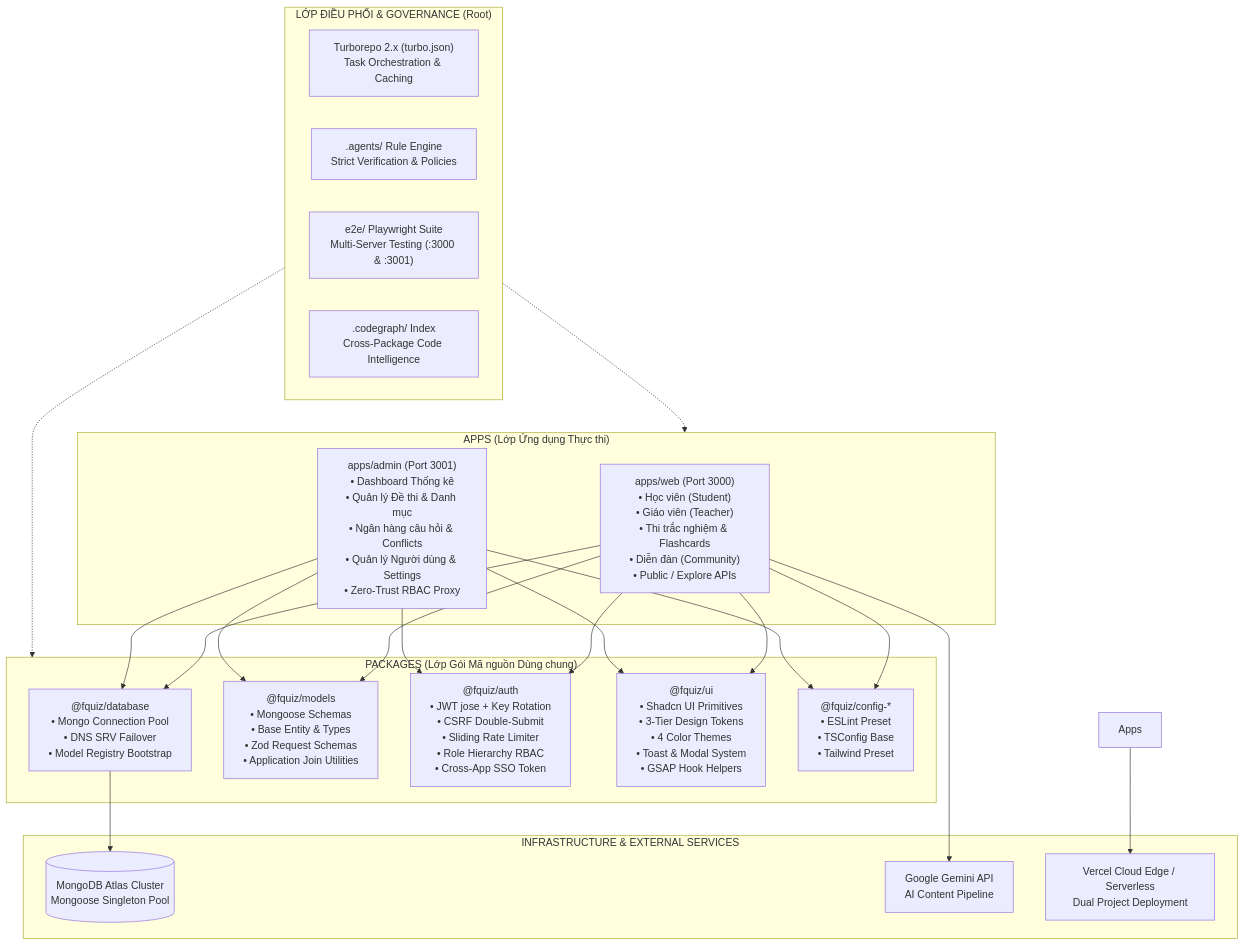
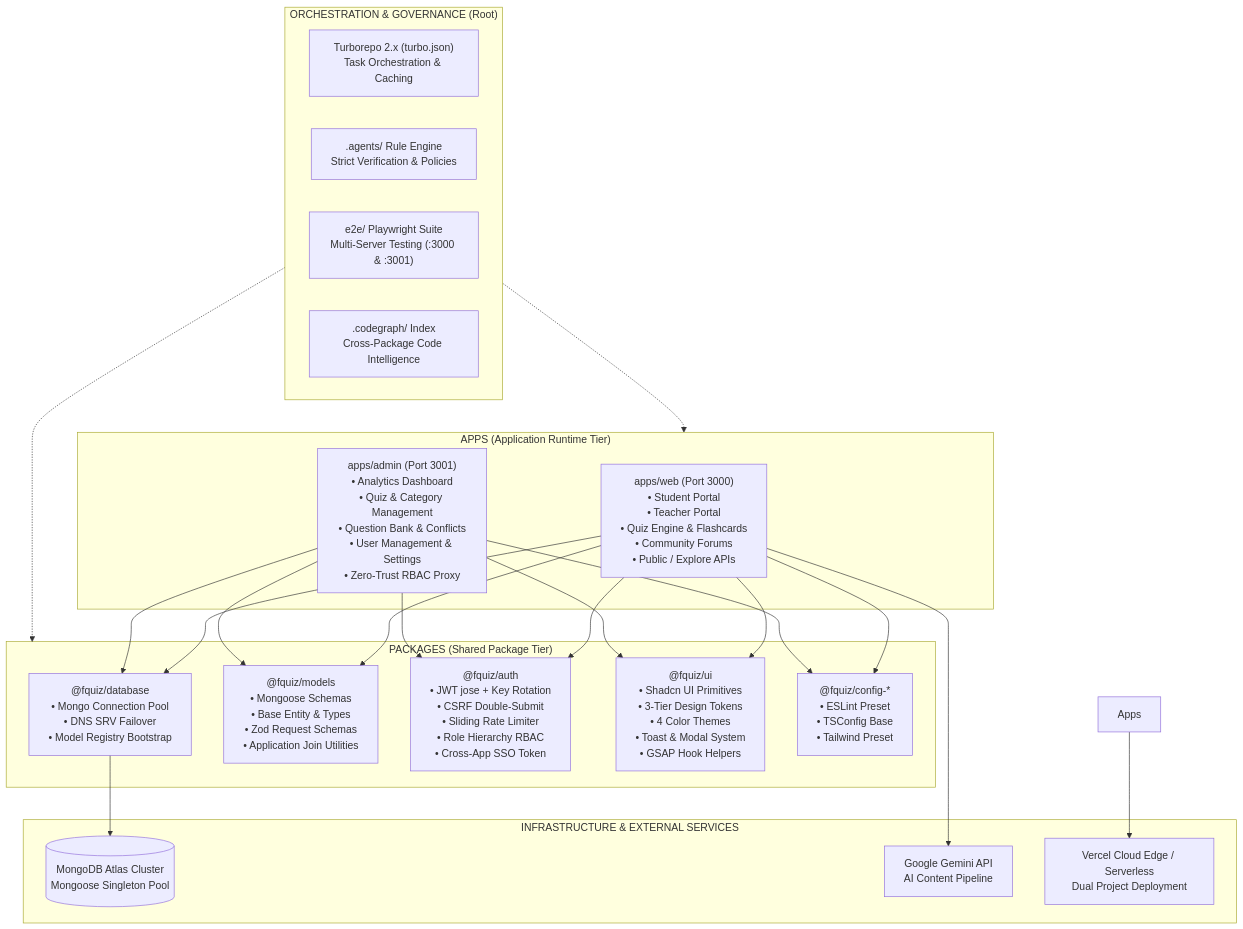
The first of 2 diagrams in docs/ARCHITECTURE.md (nvtruongops/fquiz), drawn with Mermaid before and after one commit. The commit also changed other lines of this file and 548 other files, not shown here.

````diff
--- a/docs/ARCHITECTURE.md
+++ b/docs/ARCHITECTURE.md
@@ -25,46 +25,46 @@
 ```mermaid
 graph TD
-    subgraph APPS ["APPS (Lớp Ứng dụng Thực thi)"]
-        Web["apps/web (Port 3000)<br>• Học viên (Student)<br>• Giáo viên (Teacher)<br>• Thi trắc nghiệm & Flashcards<br>• Diễn đàn (Community)<br>• Public / Explore APIs"]
-        Admin["apps/admin (Port 3001)<br>• Dashboard Thống kê<br>• Quản lý Đề thi & Danh mục<br>• Ngân hàng câu hỏi & Conflicts<br>• Quản lý Người dùng & Settings<br>• Zero-Trust RBAC Proxy"]
+    subgraph APPS ["APPS (Application Runtime Tier)"]
+        Web["apps/web (Port 3000)<br>• Student Portal<br>• Teacher Portal<br>• Quiz Engine & Flashcards<br>• Community Forums<br>• Public / Explore APIs"]
+        Admin["apps/admin (Port 3001)<br>• Analytics Dashboard<br>• Quiz & Category Management<br>• Question Bank & Conflicts<br>• User Management & Settings<br>• Zero-Trust RBAC Proxy"]
     end
 
-    subgraph PACKAGES ["PACKAGES (Lớp Gói Mã nguồn Dùng chung)"]
+    subgraph PACKAGES ["PACKAGES (Shared Package Tier)"]
         PkgDB["@fquiz/database<br>• Mongo Connection Pool<br>• DNS SRV Failover<br>• Model Registry Bootstrap"]
         PkgModels["@fquiz/models<br>• Mongoose Schemas<br>• Base Entity & Types<br>• Zod Request Schemas<br>• Application Join Utilities"]
         PkgAuth["@fquiz/auth<br>• JWT jose + Key Rotation<br>• CSRF Double-Submit<br>• Sliding Rate Limiter<br>• Role Hierarchy RBAC<br>• Cross-App SSO Token"]
         PkgUI["@fquiz/ui<br>• Shadcn UI Primitives<br>• 3-Tier Design Tokens<br>• 4 Color Themes<br>• Toast & Modal System<br>• GSAP Hook Helpers"]
         PkgConfig["@fquiz/config-*<br>• ESLint Preset<br>• TSConfig Base<br>• Tailwind Preset"]
     end
 
-    subgraph ROOT ["LỚP ĐIỀU PHỐI & GOVERNANCE (Root)"]
+    subgraph ROOT ["ORCHESTRATION & GOVERNANCE (Root)"]
         Turbo["Turborepo 2.x (turbo.json)<br>Task Orchestration & Caching"]
         AgentGov[".agents/ Rule Engine<br>Strict Verification & Policies"]
         PlaywrightE2E["e2e/ Playwright Suite<br>Multi-Server Testing (:3000 & :3001)"]
         CodeGraphDB[".codegraph/ Index<br>Cross-Package Code Intelligence"]
     end
 
     subgraph INFRA ["INFRASTRUCTURE & EXTERNAL SERVICES"]
         MongoDB[(MongoDB Atlas Cluster<br>Mongoose Singleton Pool)]
         Gemini[Google Gemini API<br>AI Content Pipeline]
         Vercel[Vercel Cloud Edge / Serverless<br>Dual Project Deployment]
     end
 
     Web --> PkgDB
     Web --> PkgModels
     Web --> PkgAuth
     Web --> PkgUI
     Web --> PkgConfig
 
     Admin --> PkgDB
     Admin --> PkgModels
     Admin --> PkgAuth
     Admin --> PkgUI
     Admin --> PkgConfig
 
     PkgDB --> MongoDB
     Web --> Gemini
     Apps --> Vercel
     ROOT -.-> APPS
     ROOT -.-> PACKAGES
 ```
````
